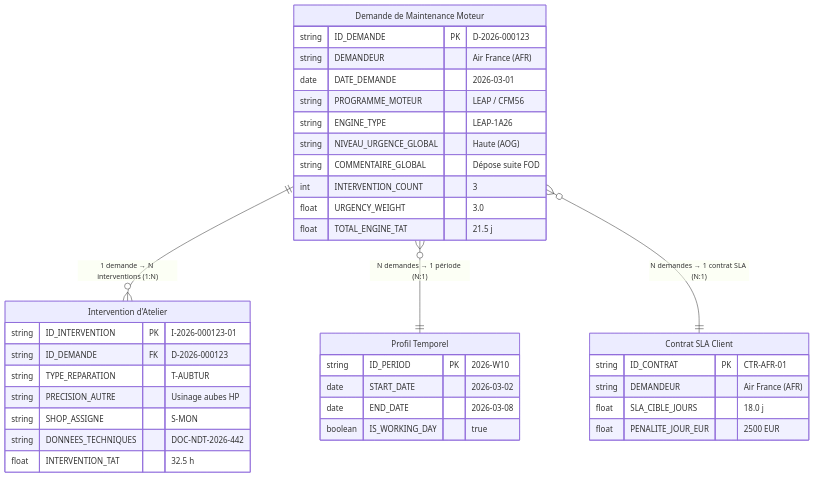
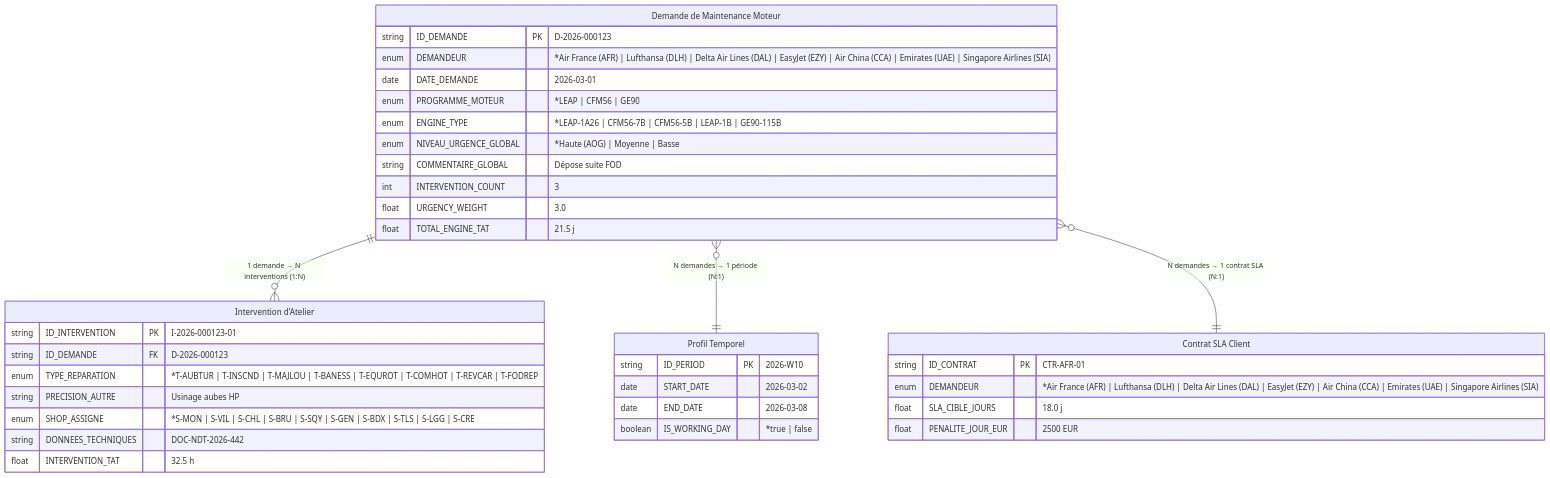
One commit to quangfr/bimaestro changed the first of 16 diagrams in content.md. Above: the diagram before and after it, drawn with Mermaid. The commit also changed other lines of this file and 3 other files, not shown here.

Commit message:
feat: integrate grid.js table with 15 items, update erd enum types and prompt

````diff
--- a/content.md
+++ b/content.md
@@ -161,40 +176,40 @@
 ```mermaid
 erDiagram
     MDT_MAINTENANCE_REQUEST ||--o{ MDT_INTERVENTION : "1 demande → N interventions (1:N)"
     MDT_MAINTENANCE_REQUEST }o--|| TIMEPROFILE : "N demandes → 1 période (N:1)"
     MDT_MAINTENANCE_REQUEST }o--|| CONTRACT_SLA : "N demandes → 1 contrat SLA (N:1)"
 
     MDT_MAINTENANCE_REQUEST ["Demande de Maintenance Moteur"] {
         string ID_DEMANDE PK "D-2026-000123"
-        string DEMANDEUR "Air France (AFR)"
+        enum DEMANDEUR "*Air France (AFR) | Lufthansa (DLH) | Delta Air Lines (DAL) | EasyJet (EZY) | Air China (CCA) | Emirates (UAE) | Singapore Airlines (SIA)"
         date DATE_DEMANDE "2026-03-01"
-        string PROGRAMME_MOTEUR "LEAP / CFM56"
-        string ENGINE_TYPE "LEAP-1A26"
-        string NIVEAU_URGENCE_GLOBAL "Haute (AOG)"
+        enum PROGRAMME_MOTEUR "*LEAP | CFM56 | GE90"
+        enum ENGINE_TYPE "*LEAP-1A26 | CFM56-7B | CFM56-5B | LEAP-1B | GE90-115B"
+        enum NIVEAU_URGENCE_GLOBAL "*Haute (AOG) | Moyenne | Basse"
         string COMMENTAIRE_GLOBAL "Dépose suite FOD"
         int INTERVENTION_COUNT "3"
         float URGENCY_WEIGHT "3.0"
         float TOTAL_ENGINE_TAT "21.5 j"
     }
     TIMEPROFILE ["Profil Temporel"] {
         string ID_PERIOD PK "2026-W10"
         date START_DATE "2026-03-02"
         date END_DATE "2026-03-08"
-        boolean IS_WORKING_DAY "true"
+        boolean IS_WORKING_DAY "*true | false"
     }
     CONTRACT_SLA ["Contrat SLA Client"] {
         string ID_CONTRAT PK "CTR-AFR-01"
-        string DEMANDEUR "Air France (AFR)"
+        enum DEMANDEUR "*Air France (AFR) | Lufthansa (DLH) | Delta Air Lines (DAL) | EasyJet (EZY) | Air China (CCA) | Emirates (UAE) | Singapore Airlines (SIA)"
         float SLA_CIBLE_JOURS "18.0 j"
         float PENALITE_JOUR_EUR "2500 EUR"
     }
     MDT_INTERVENTION ["Intervention d'Atelier"] {
         string ID_INTERVENTION PK "I-2026-000123-01"
         string ID_DEMANDE FK "D-2026-000123"
-        string TYPE_REPARATION "T-AUBTUR"
+        enum TYPE_REPARATION "*T-AUBTUR | T-INSCND | T-MAJLOU | T-BANESS | T-EQUROT | T-COMHOT | T-REVCAR | T-FODREP"
         string PRECISION_AUTRE "Usinage aubes HP"
-        string SHOP_ASSIGNE "S-MON"
+        enum SHOP_ASSIGNE "*S-MON | S-VIL | S-CHL | S-BRU | S-SQY | S-GEN | S-BDX | S-TLS | S-LGG | S-CRE"
         string DONNEES_TECHNIQUES "DOC-NDT-2026-442"
         float INTERVENTION_TAT "32.5 h"
     }
 ```
````
